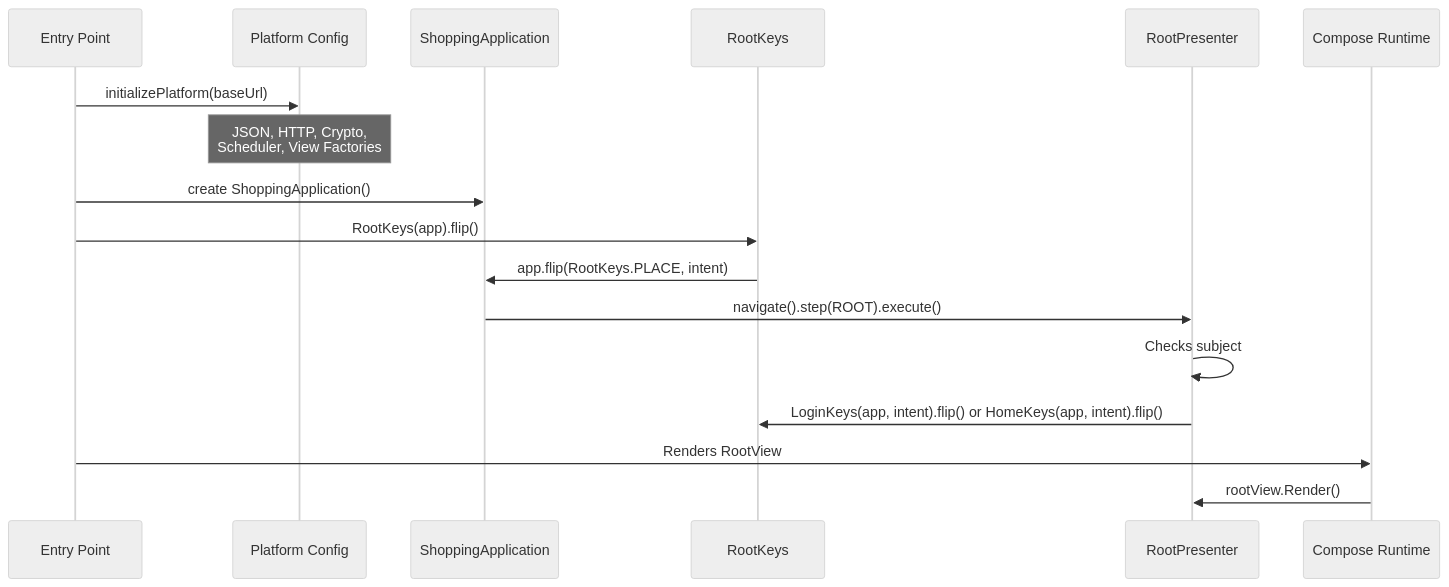
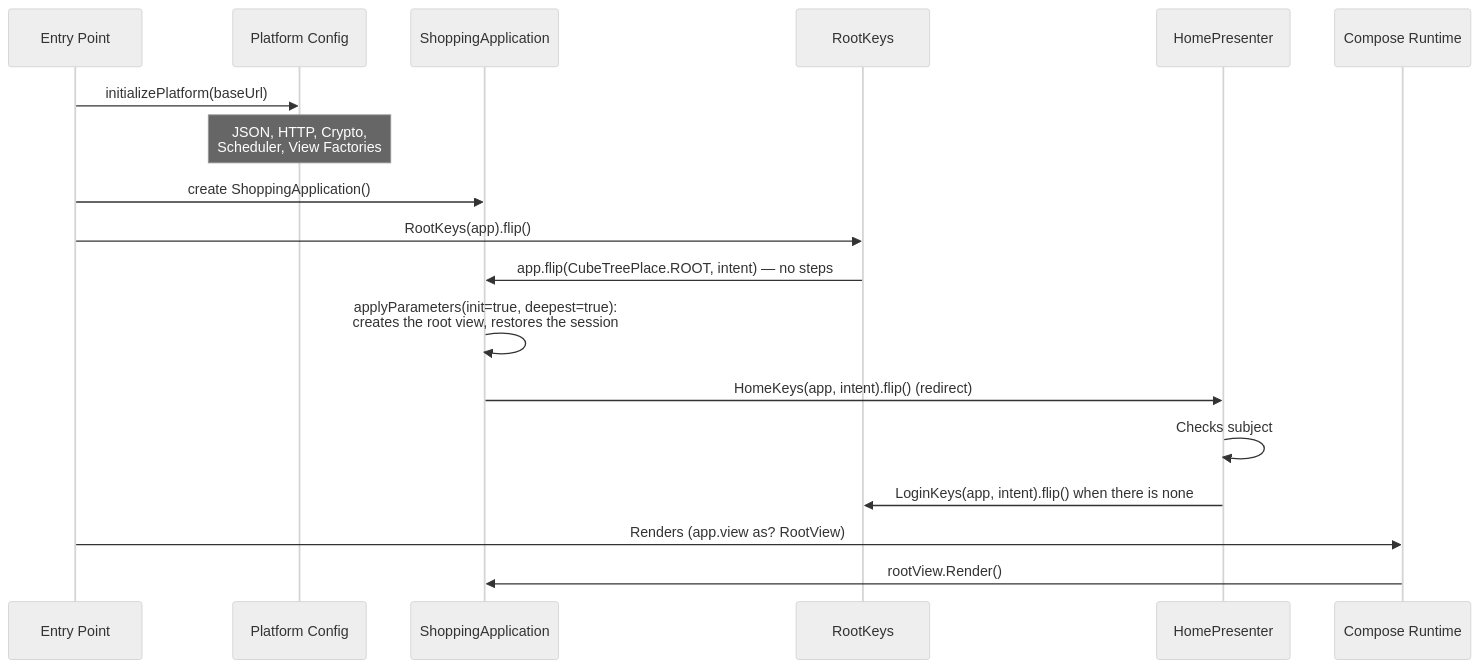
The ninth of 10 diagrams in docs/architecture.md (mrcdom/wdc-cube-kotlin), drawn with Mermaid (neutral theme) before and after one commit. The commit also changed other lines of this file and 22 other files, not shown here.

First line of the commit message:
refactor(presentation): ShoppingApplication absorbs RootPresenter

````diff
--- a/docs/architecture.md
+++ b/docs/architecture.md
@@ -492,22 +492,23 @@
 ```mermaid
 sequenceDiagram
     participant Main as Entry Point
     participant Platform as Platform Config
     participant App as ShoppingApplication
     participant Keys as RootKeys
-    participant Root as RootPresenter
+    participant Home as HomePresenter
     participant Compose as Compose Runtime
 
     Main->>Platform: initializePlatform(baseUrl)
     Note over Platform: JSON, HTTP, Crypto,<br/>Scheduler, View Factories
 
     Main->>App: create ShoppingApplication()
     Main->>Keys: RootKeys(app).flip()
-    Keys->>App: app.flip(RootKeys.PLACE, intent)
-    App->>Root: navigate().step(ROOT).execute()
-    Root->>Root: Checks subject
-    Root->>Keys: LoginKeys(app, intent).flip() or HomeKeys(app, intent).flip()
+    Keys->>App: app.flip(CubeTreePlace.ROOT, intent) — no steps
+    App->>App: applyParameters(init=true, deepest=true):<br/>creates the root view, restores the session
+    App->>Home: HomeKeys(app, intent).flip() (redirect)
+    Home->>Home: Checks subject
+    Home->>Keys: LoginKeys(app, intent).flip() when there is none
 
-    Main->>Compose: Renders RootView
-    Compose->>Root: rootView.Render()
+    Main->>Compose: Renders (app.view as? RootView)
+    Compose->>App: rootView.Render()
 ```
````
